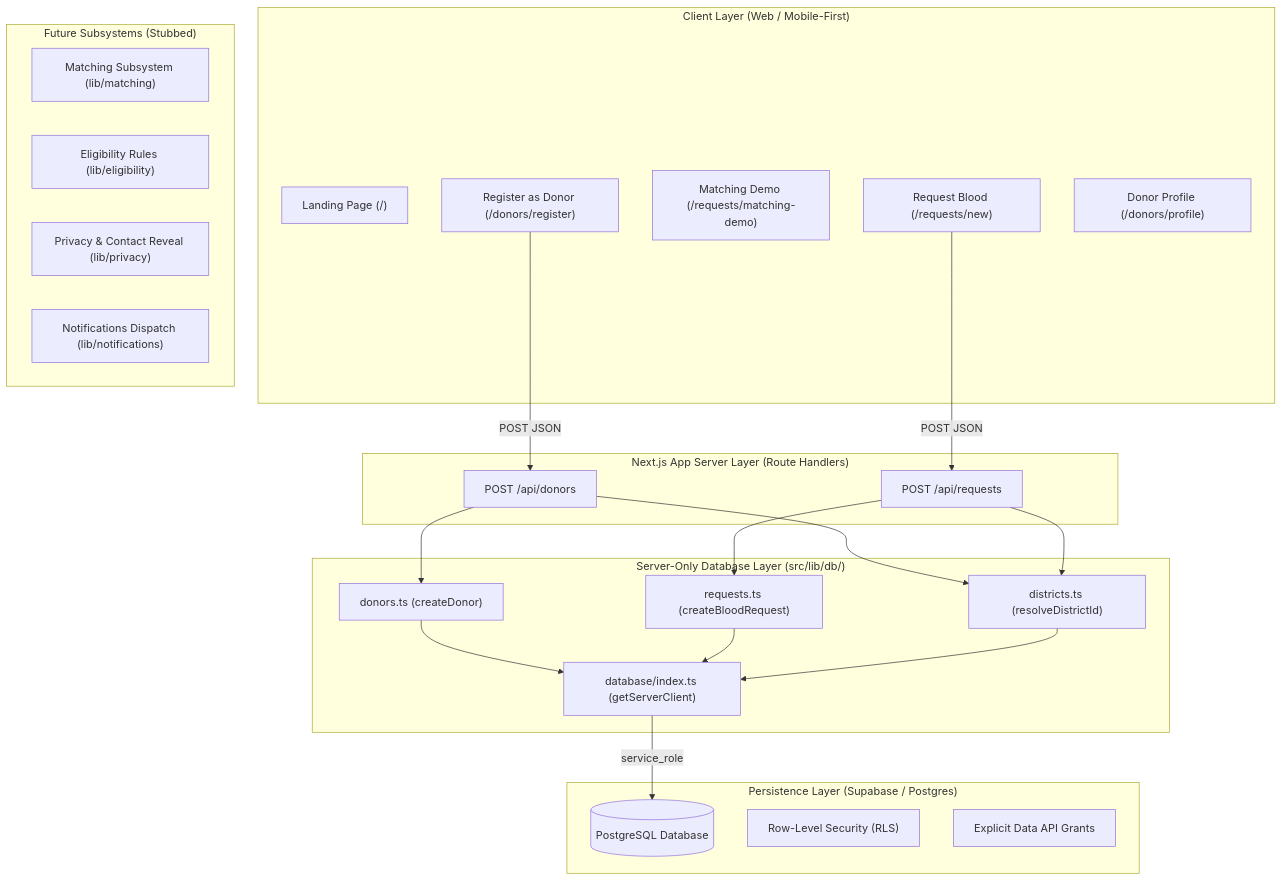
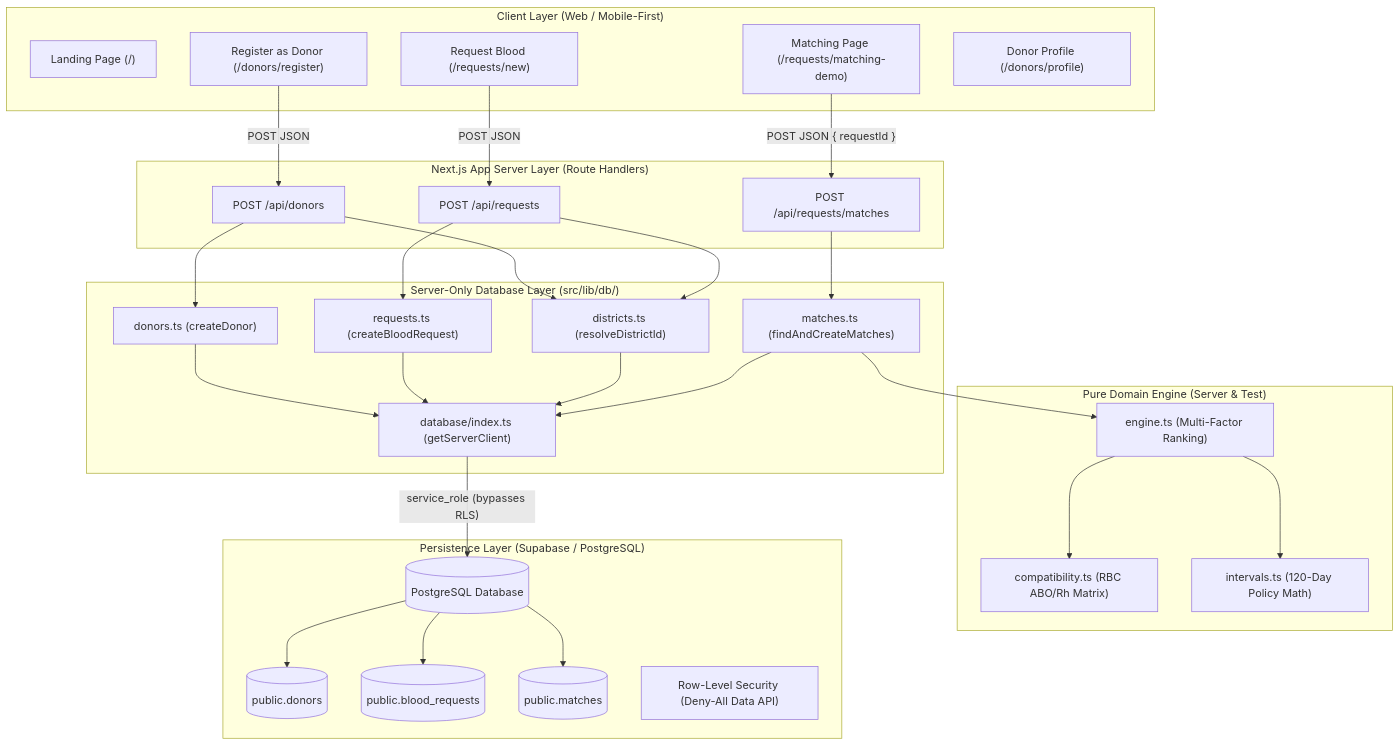
Before and after one commit to rohanmgeorgeo/hemo-match: the diagram in docs/ARCHITECTURE.md, drawn with Mermaid. The commit also changed other lines of this file and 24 other files, not shown here.

Commit message:
feat: add privacy-safe donor matching

````diff
--- a/docs/ARCHITECTURE.md
+++ b/docs/ARCHITECTURE.md
@@ -13,46 +13,62 @@
 ```mermaid
 flowchart TD
     subgraph Client ["Client Layer (Web / Mobile-First)"]
         Landing["Landing Page (/)"]
         RequestNew["Request Blood (/requests/new)"]
-        MatchingDemo["Matching Demo (/requests/matching-demo)"]
+        MatchingDemo["Matching Page (/requests/matching-demo)"]
         DonorRegister["Register as Donor (/donors/register)"]
         DonorProfile["Donor Profile (/donors/profile)"]
     end
 
     subgraph ServerBoundary ["Next.js App Server Layer (Route Handlers)"]
         ApiDonors["POST /api/donors"]
         ApiRequests["POST /api/requests"]
+        ApiMatches["POST /api/requests/matches"]
     end
 
-    subgraph ServerOnlyModules ["Server-Only Database Layer (src/lib/db/)"]
+    subgraph ServerOnlyDb ["Server-Only Database Layer (src/lib/db/)"]
         DbDistricts["districts.ts (resolveDistrictId)"]
         DbDonors["donors.ts (createDonor)"]
         DbRequests["requests.ts (createBloodRequest)"]
+        DbMatches["matches.ts (findAndCreateMatches)"]
         DbClient["database/index.ts (getServerClient)"]
     end
 
-    subgraph FutureSubsystems ["Future Subsystems (Stubbed)"]
-        MatchingEngine["Matching Subsystem (lib/matching)"]
-        EligibilityEngine["Eligibility Rules (lib/eligibility)"]
-        PrivacyEngine["Privacy & Contact Reveal (lib/privacy)"]
-        NotificationEngine["Notifications Dispatch (lib/notifications)"]
+    subgraph DomainLogic ["Pure Domain Engine (Server & Test)"]
+        Compat["compatibility.ts (RBC ABO/Rh Matrix)"]
+        Intervals["intervals.ts (120-Day Policy Math)"]
+        Engine["engine.ts (Multi-Factor Ranking)"]
     end
 
-    subgraph Persistence ["Persistence Layer (Supabase / Postgres)"]
+    subgraph Persistence ["Persistence Layer (Supabase / PostgreSQL)"]
         DB[(PostgreSQL Database)]
-        RLS["Row-Level Security (RLS)"]
-        DataApi["Explicit Data API Grants"]
+        TblDonors[("public.donors")]
+        TblRequests[("public.blood_requests")]
+        TblMatches[("public.matches")]
+        RLS["Row-Level Security (Deny-All Data API)"]
     end
 
     RequestNew -->|"POST JSON"| ApiRequests
     DonorRegister -->|"POST JSON"| ApiDonors
+    MatchingDemo -->|"POST JSON { requestId }"| ApiMatches
+
     ApiDonors --> DbDonors
     ApiDonors --> DbDistricts
     ApiRequests --> DbRequests
     ApiRequests --> DbDistricts
+
+    ApiMatches --> DbMatches
+    DbMatches --> Engine
+    Engine --> Compat
+    Engine --> Intervals
+
     DbDonors --> DbClient
     DbRequests --> DbClient
     DbDistricts --> DbClient
-    DbClient -->|"service_role"| DB
+    DbMatches --> DbClient
+
+    DbClient -->|"service_role (bypasses RLS)"| DB
+    DB --> TblDonors
+    DB --> TblRequests
+    DB --> TblMatches
 ```
````
